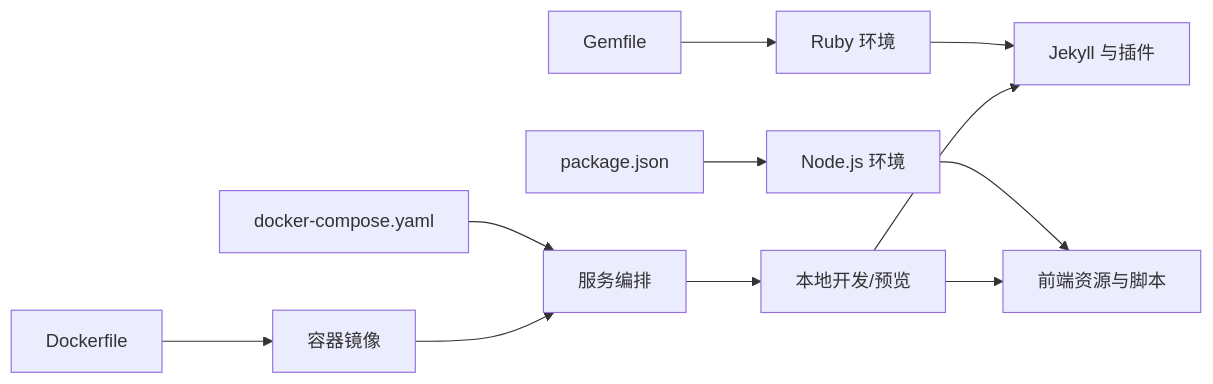
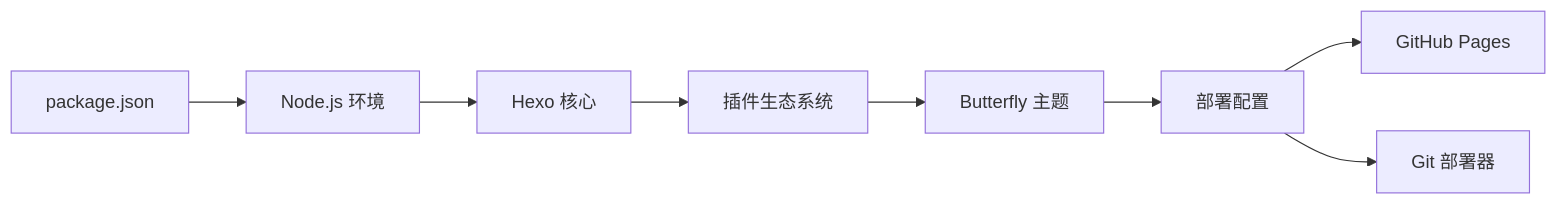
One commit to CoolPig0720/CoolPig0720.github.io changed the sixth of 6 diagrams in .qoder/repowiki/zh/content/部署和维护/部署和维护.md. Above: the diagram before and after it, drawn with Mermaid. The commit also changed other lines of this file and 36 other files, not shown here.

````diff
--- a/.qoder/repowiki/zh/content/部署和维护/部署和维护.md
+++ b/.qoder/repowiki/zh/content/部署和维护/部署和维护.md
@@ -278,13 +276,10 @@
 ```mermaid
 graph LR
-G["Gemfile"] --> RB["Ruby 环境"]
-RB --> JB["Jekyll 与插件"]
 P["package.json"] --> NJ["Node.js 环境"]
-NJ --> FE["前端资源与脚本"]
-DF["Dockerfile"] --> IMG["容器镜像"]
-DC["docker-compose.yaml"] --> SVC["服务编排"]
-IMG --> SVC
-SVC --> DEV["本地开发/预览"]
-DEV --> JB
-DEV --> FE
+NJ --> HEXO["Hexo 核心"]
+HEXO --> PLUGINS["插件生态系统"]
+PLUGINS --> THEME["Butterfly 主题"]
+THEME --> DEPLOY["部署配置"]
+DEPLOY --> PAGES["GitHub Pages"]
+DEPLOY --> GIT["Git 部署器"]
 ```
````
